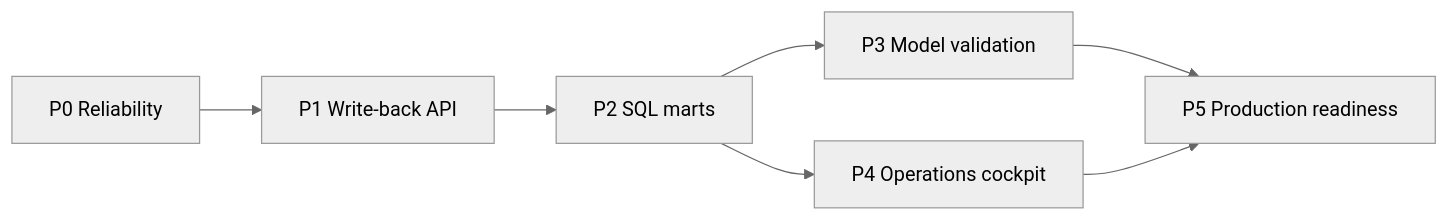
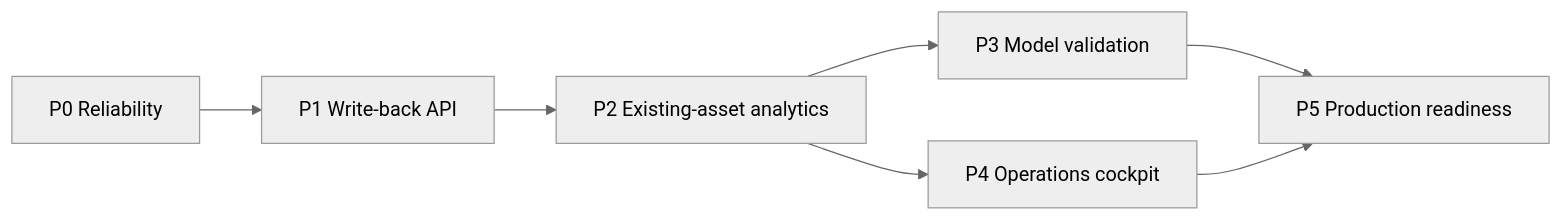
One commit to Andy-JunXiong/GLAP-AI-Decision-Platform changed the first of 2 diagrams in docs/implementation_roadmap.md. Above: the diagram before and after it, drawn with Mermaid (neutral theme). The commit also changed other lines of this file and 11 other files, not shown here.

Commit message:
feat: connect analytics to existing AWS results

````diff
--- a/docs/implementation_roadmap.md
+++ b/docs/implementation_roadmap.md
@@ -17,9 +17,9 @@
 ```mermaid
 flowchart LR
     P0[P0 Reliability] --> P1[P1 Write-back API]
-    P1 --> P2[P2 SQL marts]
+    P1 --> P2[P2 Existing-asset analytics]
     P2 --> P4[P4 Operations cockpit]
     P2 --> P3[P3 Model validation]
     P3 --> P5[P5 Production readiness]
     P4 --> P5
 ```
````
